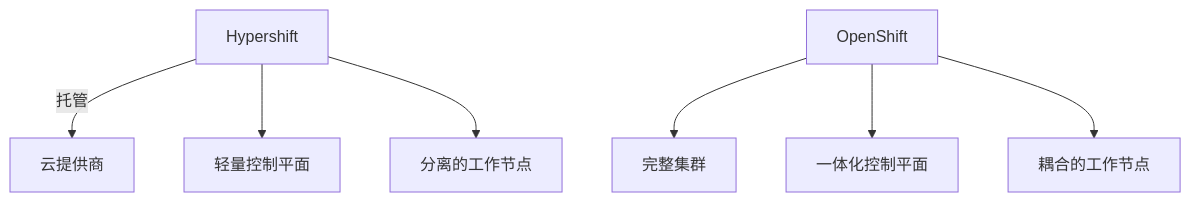
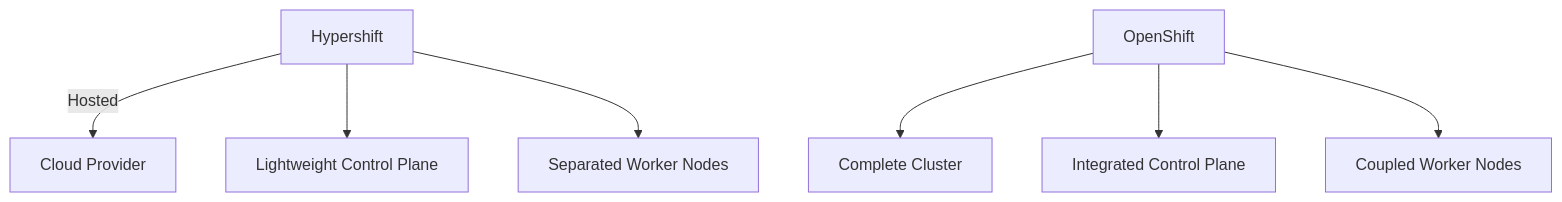
The first of 2 diagrams in files/hypershift-vs-openshift.md (liweinan/deepseek-answers), drawn with Mermaid before and after one commit. The commit also changed other lines of this file and 135 other files, not shown here.

````diff
--- a/files/hypershift-vs-openshift.md
+++ b/files/hypershift-vs-openshift.md
@@ -14,10 +14,10 @@
 ```mermaid
 graph TD
-    A[Hypershift] -->|托管| B[云提供商]
-    A --> C[轻量控制平面]
-    A --> D[分离的工作节点]
+    A[Hypershift] -->|Hosted| B[Cloud Provider]
+    A --> C[Lightweight Control Plane]
+    A --> D[Separated Worker Nodes]
     
-    E[OpenShift] --> F[完整集群]
-    E --> G[一体化控制平面]
-    E --> H[耦合的工作节点]
+    E[OpenShift] --> F[Complete Cluster]
+    E --> G[Integrated Control Plane]
+    E --> H[Coupled Worker Nodes]
 ```
````
